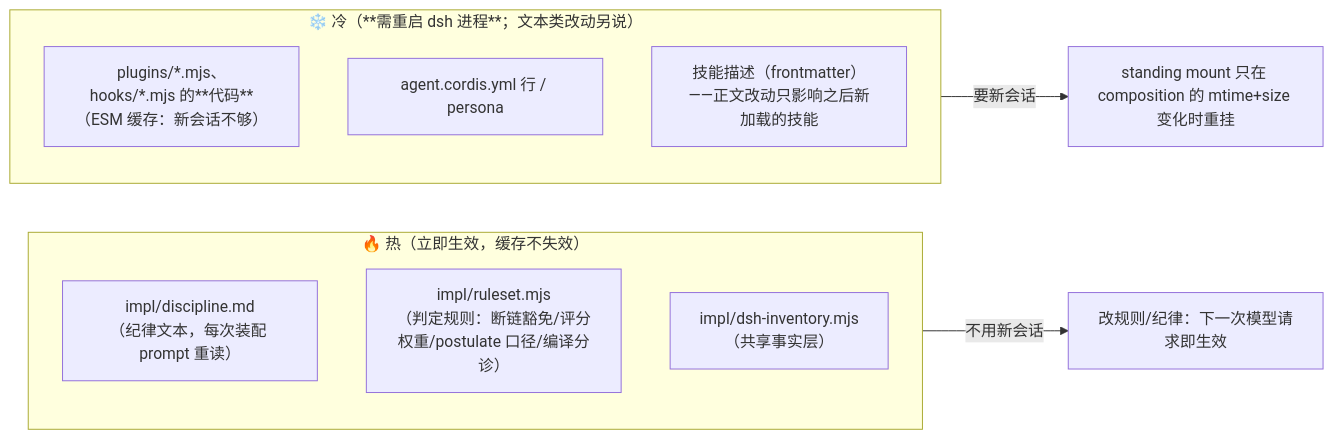
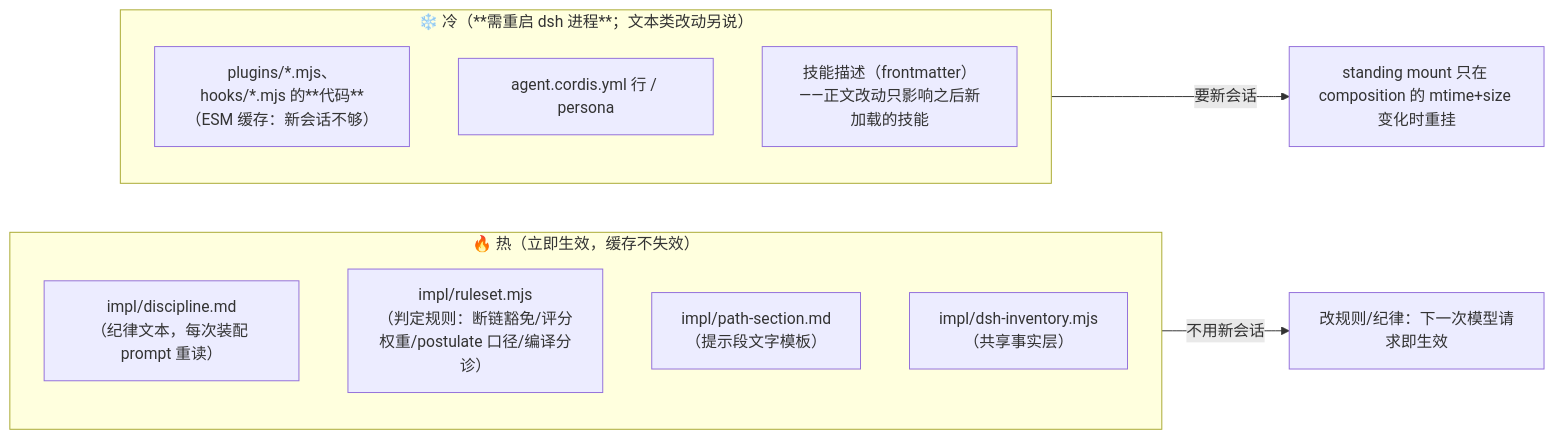
The second of 2 diagrams in math-proof/docs/maps/M5-lifecycle.md (clearnature/dsh-math-proof), drawn with Mermaid before and after one commit. The commit also changed 9 other files, not shown here.

````diff
--- a/math-proof/docs/maps/M5-lifecycle.md
+++ b/math-proof/docs/maps/M5-lifecycle.md
@@ -53,15 +53,16 @@
 ```mermaid
 graph LR
   subgraph HOT["🔥 热（立即生效，缓存不失效）"]
     H1["impl/discipline.md<br/>（纪律文本，每次装配 prompt 重读）"]
     H2["impl/ruleset.mjs<br/>（判定规则：断链豁免/评分权重/postulate 口径/编译分诊）"]
+    H2b["impl/path-section.md<br/>（提示段文字模板）"]
     H3["impl/dsh-inventory.mjs<br/>（共享事实层）"]
   end
   subgraph COLD["❄️ 冷（**需重启 dsh 进程**；文本类改动另说）"]
     C1["plugins/*.mjs、hooks/*.mjs 的**代码**（ESM 缓存：新会话不够）"]
     C2["agent.cordis.yml 行 / persona"]
     C3["技能描述（frontmatter）——正文改动只影响之后新加载的技能"]
   end
   HOT -->|不用新会话| OK1["改规则/纪律：下一次模型请求即生效"]
   COLD -->|要新会话| OK2["standing mount 只在 composition 的 mtime+size 变化时重挂"]
 ```
````
